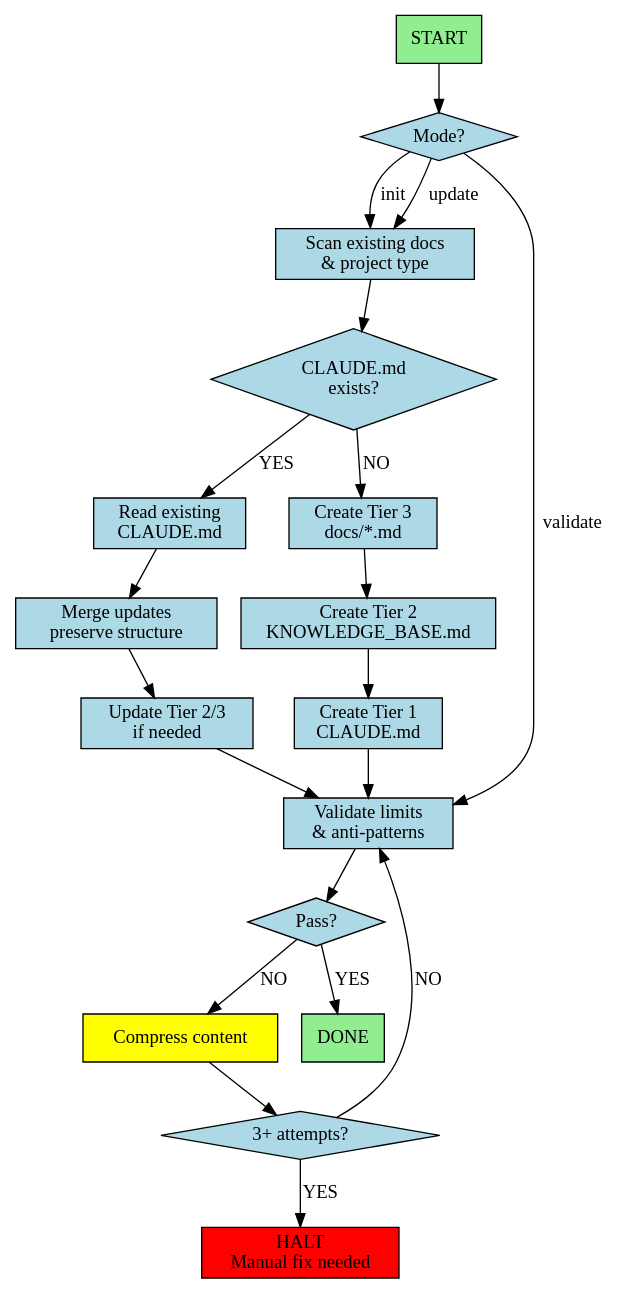
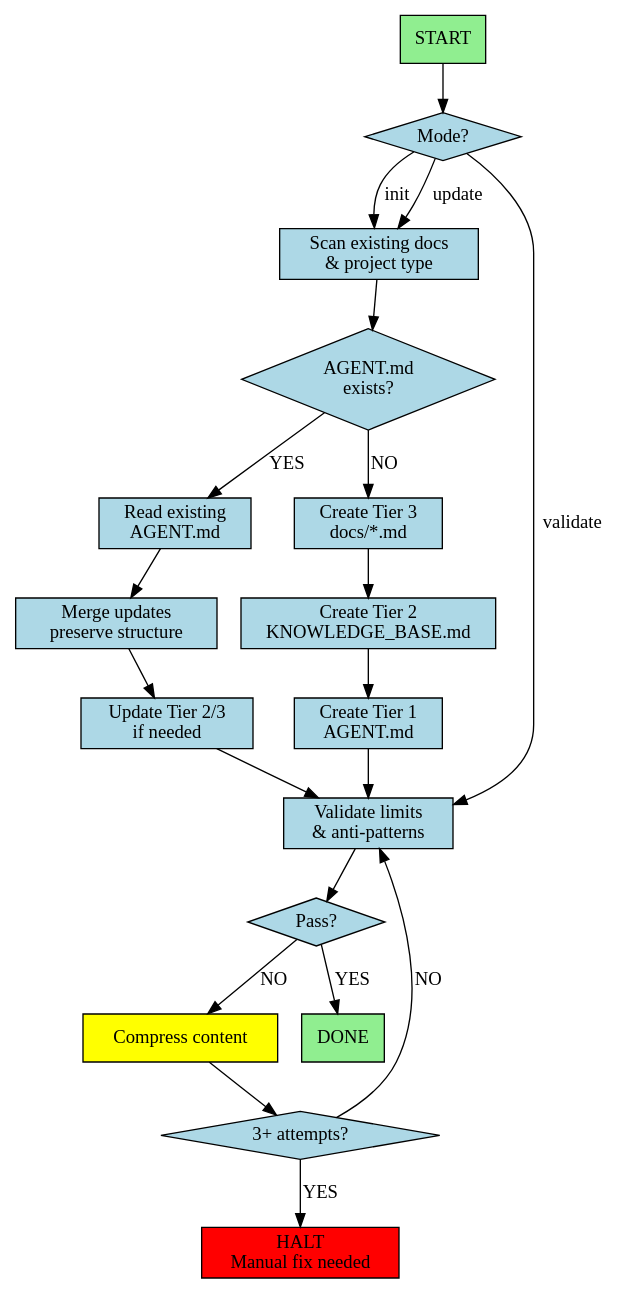
The diagram in ai/subagentic/ampcode/agents/context-builder.md (amrhas82/agentic-toolkit), drawn with Graphviz before and after one commit. The commit also changed other lines of this file and 31 other files, not shown here.

````diff
--- a/ai/subagentic/ampcode/agents/context-builder.md
+++ b/ai/subagentic/ampcode/agents/context-builder.md
@@ -28,55 +28,55 @@
 ```dot
 digraph ContextBuilder {
   rankdir=TB;
   node [shape=box, style=filled, fillcolor=lightblue];
 
   start [label="START", fillcolor=lightgreen];
   determine_mode [label="Mode?", shape=diamond];
 
   // Scan phase
   scan [label="Scan existing docs\n& project type"];
-  exists [label="CLAUDE.md\nexists?", shape=diamond];
+  exists [label="AGENT.md\nexists?", shape=diamond];
 
   // Update path
-  read_existing [label="Read existing\nCLAUDE.md"];
+  read_existing [label="Read existing\nAGENT.md"];
   merge_update [label="Merge updates\npreserve structure"];
   update_tiers [label="Update Tier 2/3\nif needed"];
 
   // Create path
   create_t3 [label="Create Tier 3\ndocs/*.md"];
   create_t2 [label="Create Tier 2\nKNOWLEDGE_BASE.md"];
-  create_t1 [label="Create Tier 1\nCLAUDE.md"];
+  create_t1 [label="Create Tier 1\nAGENT.md"];
 
   // Validation
   validate [label="Validate limits\n& anti-patterns"];
   pass [label="Pass?", shape=diamond];
   emergency [label="Compress content", fillcolor=yellow];
   attempts [label="3+ attempts?", shape=diamond];
   halt [label="HALT\nManual fix needed", fillcolor=red];
   done [label="DONE", fillcolor=lightgreen];
 
   start -> determine_mode;
   determine_mode -> scan [label="init"];
   determine_mode -> scan [label="update"];
   determine_mode -> validate [label="validate"];
 
   scan -> exists;
   exists -> read_existing [label="YES"];
   exists -> create_t3 [label="NO"];
 
   read_existing -> merge_update;
   merge_update -> update_tiers;
   update_tiers -> validate;
 
   create_t3 -> create_t2;
   create_t2 -> create_t1;
   create_t1 -> validate;
 
   validate -> pass;
   pass -> done [label="YES"];
   pass -> emergency [label="NO"];
   emergency -> attempts;
   attempts -> validate [label="NO"];
   attempts -> halt [label="YES"];
 }
 ```
````
